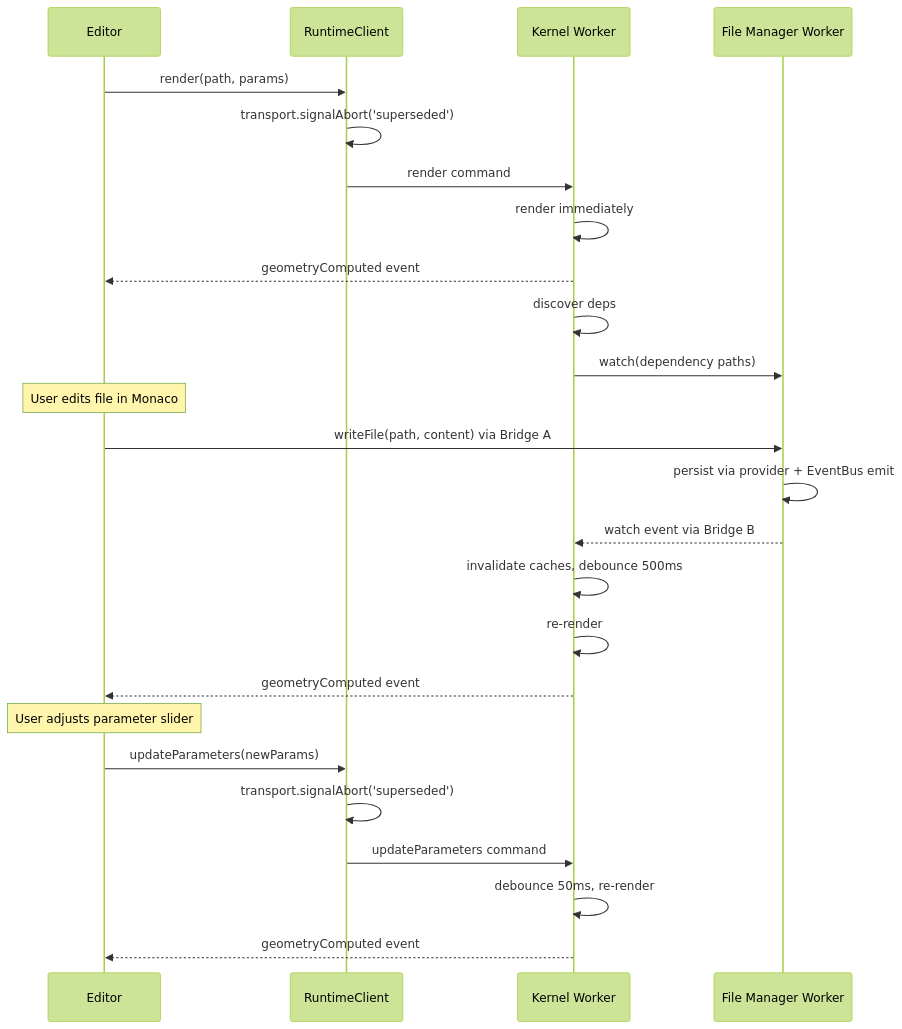
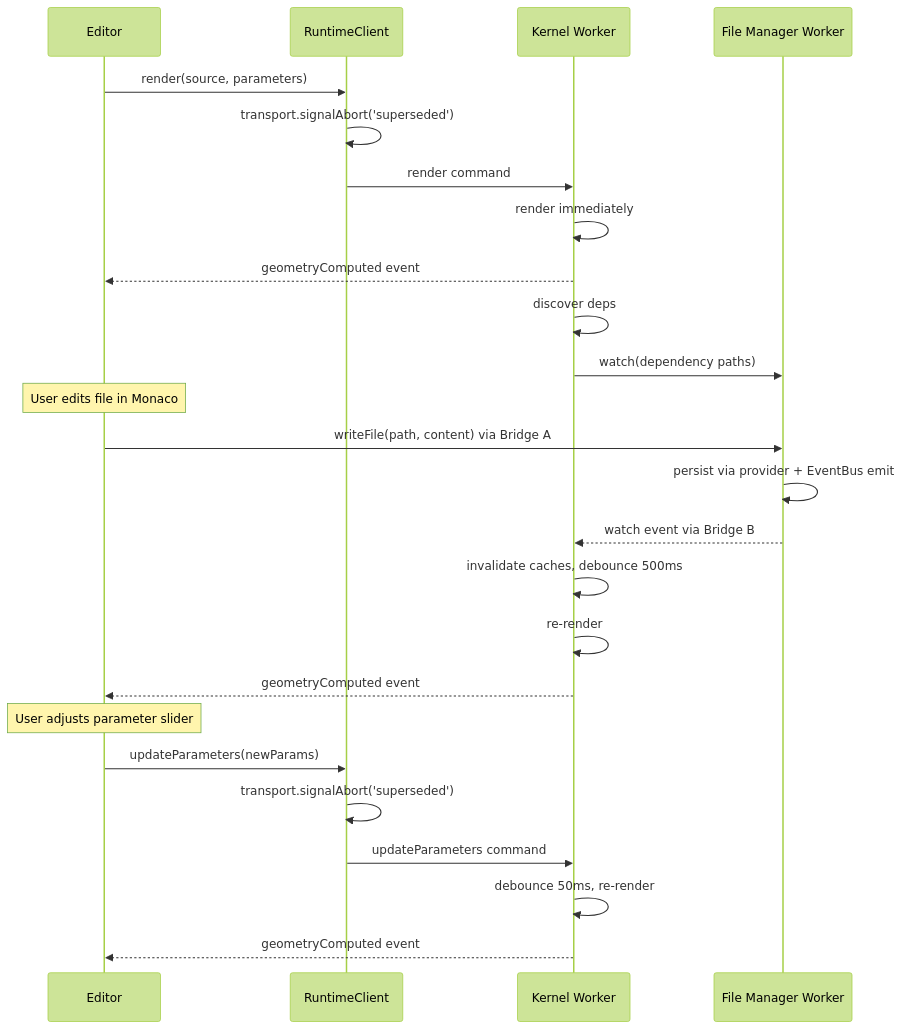
The third of 3 diagrams in apps/ui/content/docs/runtime/concepts/architecture.mdx (taucad/tau), drawn with Mermaid (forest theme) before and after one commit. The commit also changed other lines of this file and 42 other files, not shown here.

````diff
--- a/apps/ui/content/docs/runtime/concepts/architecture.mdx
+++ b/apps/ui/content/docs/runtime/concepts/architecture.mdx
@@ -133,30 +133,30 @@
 ```mermaid
 sequenceDiagram
     participant Editor
     participant Client as RuntimeClient
     participant Worker as Kernel Worker
     participant FSW as File Manager Worker
 
-    Editor->>Client: render(path, params)
+    Editor->>Client: render(source, parameters)
     Client->>Client: transport.signalAbort('superseded')
     Client->>Worker: render command
     Worker->>Worker: render immediately
     Worker-->>Editor: geometryComputed event
     Worker->>Worker: discover deps
     Worker->>FSW: watch(dependency paths)
 
     Note over Editor: User edits file in Monaco
     Editor->>FSW: writeFile(path, content) via Bridge A
     FSW->>FSW: persist via provider + EventBus emit
     FSW-->>Worker: watch event via Bridge B
     Worker->>Worker: invalidate caches, debounce 500ms
     Worker->>Worker: re-render
     Worker-->>Editor: geometryComputed event
 
     Note over Editor: User adjusts parameter slider
     Editor->>Client: updateParameters(newParams)
     Client->>Client: transport.signalAbort('superseded')
     Client->>Worker: updateParameters command
     Worker->>Worker: debounce 50ms, re-render
     Worker-->>Editor: geometryComputed event
 ```
````
